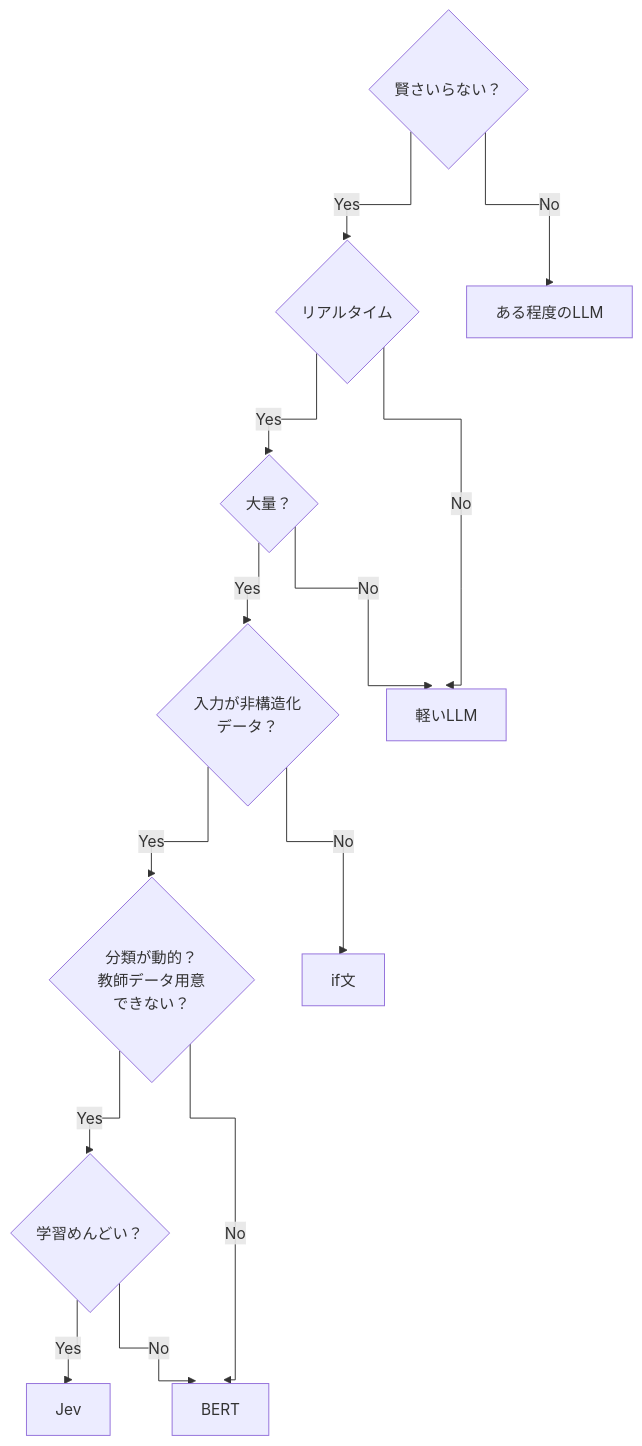
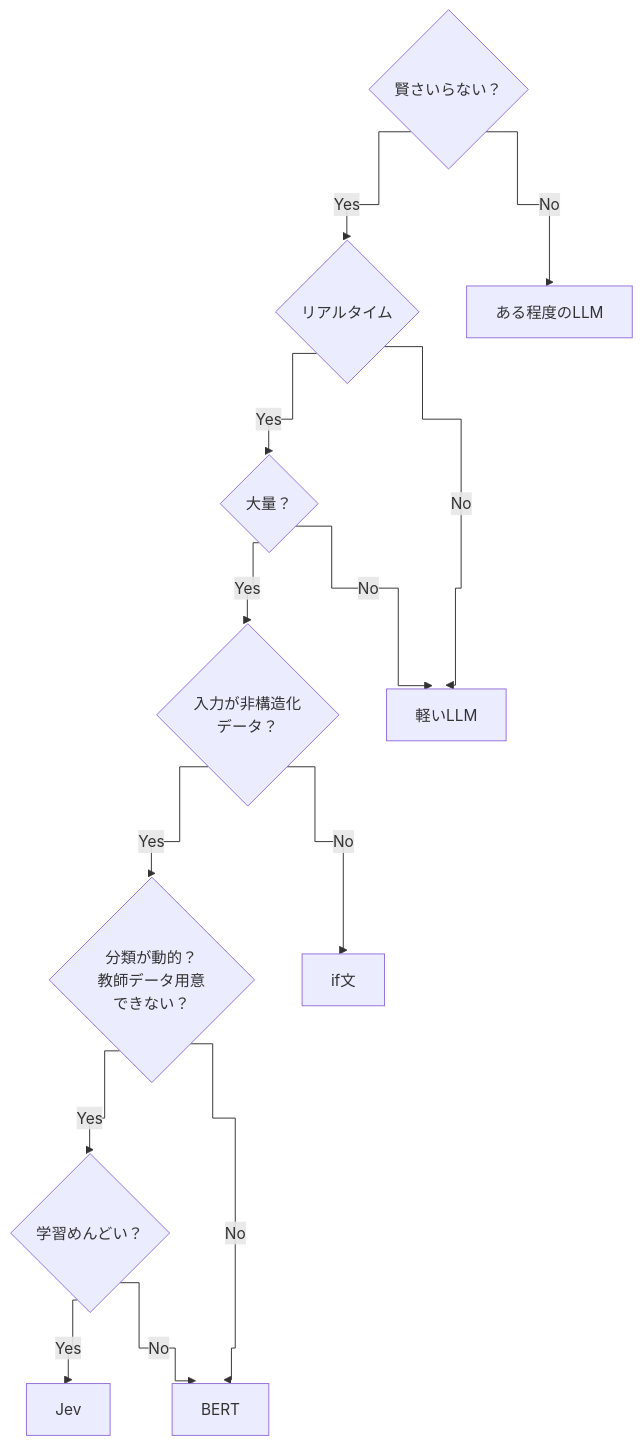
One commit to kzkhykw/jev-or-not changed the diagram in README.md. Above: the diagram before and after it, drawn with Mermaid.

Commit message:
Align stepped arrow connections

````diff
--- a/README.md
+++ b/README.md
@@ -5,29 +5,29 @@
 ```mermaid
-%%{init: {"flowchart": {"curve": "stepBefore"}}}%%
+%%{init: {"flowchart": {"curve": "step"}}}%%
 flowchart TD
     A{"賢さいらない？"}
     B{"リアルタイム"}
     C{"大量？"}
     D{"入力が非構造化<br/>データ？"}
     E{"分類が動的？<br/>教師データ用意<br/>できない？"}
     F{"学習めんどい？"}
 
     J["Jev"]
     BERT["BERT"]
     IF["if文"]
     LIGHT["軽いLLM"]
     SOME["ある程度のLLM"]
 
     A -->|Yes| B
     A -->|No| SOME
     B -->|Yes| C
     B -->|No| LIGHT
     C -->|Yes| D
     C -->|No| LIGHT
     D -->|Yes| E
     D -->|No| IF
     E -->|Yes| F
     E -->|No| BERT
     F -->|Yes| J
     F -->|No| BERT
 ```
````
